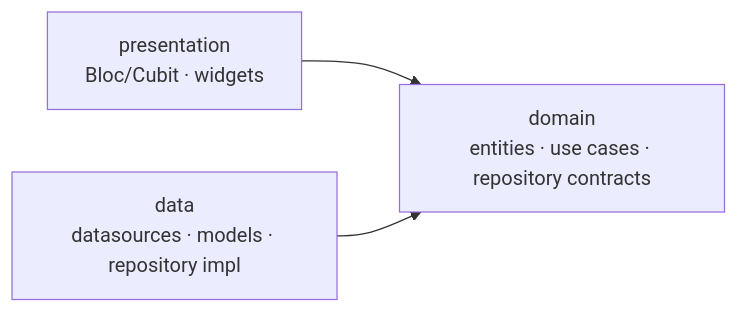
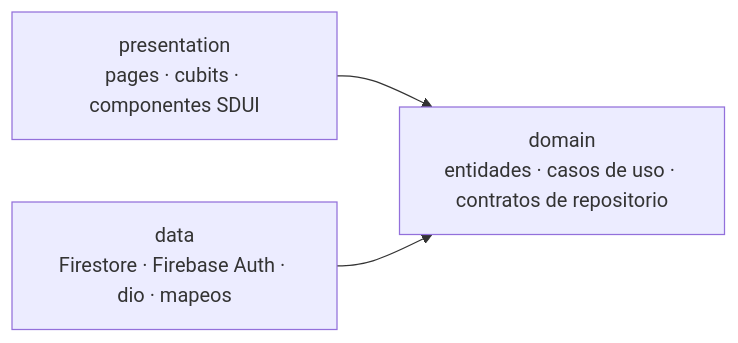
Before and after one commit to Denniss2C/bi-digital-banking: the second of 2 diagrams in docs/architecture/dependencies.md, drawn with Mermaid. The commit also changed other lines of this file and 3 other files, not shown here.

First line of the commit message:
docs(architecture): document what is implemented

````diff
--- a/docs/architecture/dependencies.md
+++ b/docs/architecture/dependencies.md
@@ -37,5 +66,5 @@
 ```mermaid
 flowchart LR
-    P["presentation<br/>Bloc/Cubit · widgets"] --> D["domain<br/>entities · use cases · repository contracts"]
-    Data["data<br/>datasources · models · repository impl"] --> D
+    P["presentation<br/>pages · cubits · componentes SDUI"] --> D["domain<br/>entidades · casos de uso · contratos de repositorio"]
+    Data["data<br/>Firestore · Firebase Auth · dio · mapeos"] --> D
 ```
````
